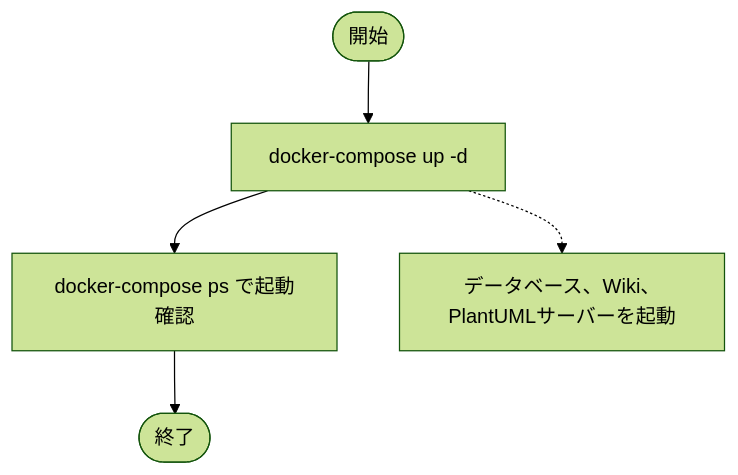
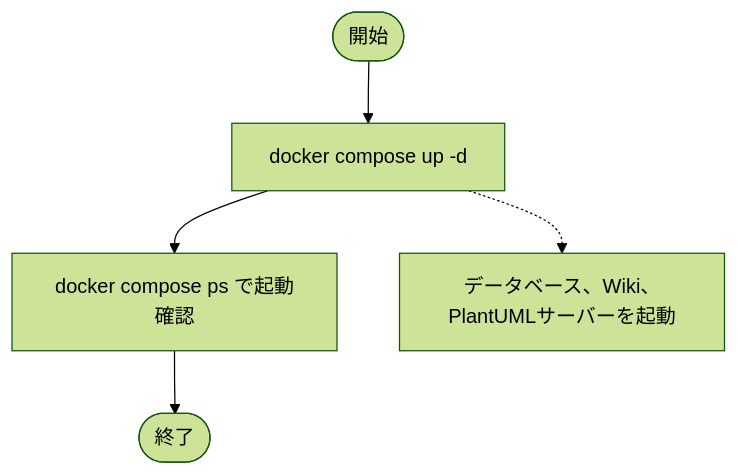
One commit to k2works/go-ddd changed the eighth of 17 diagrams in README.md. Above: the diagram before and after it, drawn with Mermaid (forest theme). The commit also changed other lines of this file and 1 other file, not shown here.

Commit message:
chore: update Docker commands in documentation and .gitignore

````diff
--- a/README.md
+++ b/README.md
@@ -221,7 +221,7 @@
 ```mermaid
 flowchart TD
-    start([開始]) --> docker[docker-compose up -d]
-    docker --> check[docker-compose ps で起動確認]
+    start([開始]) --> docker[docker compose up -d]
+    docker --> check[docker compose ps で起動確認]
     check --> stop([終了])
     docker -.-> note["データベース、Wiki、PlantUMLサーバーを起動"]
 ```
````
